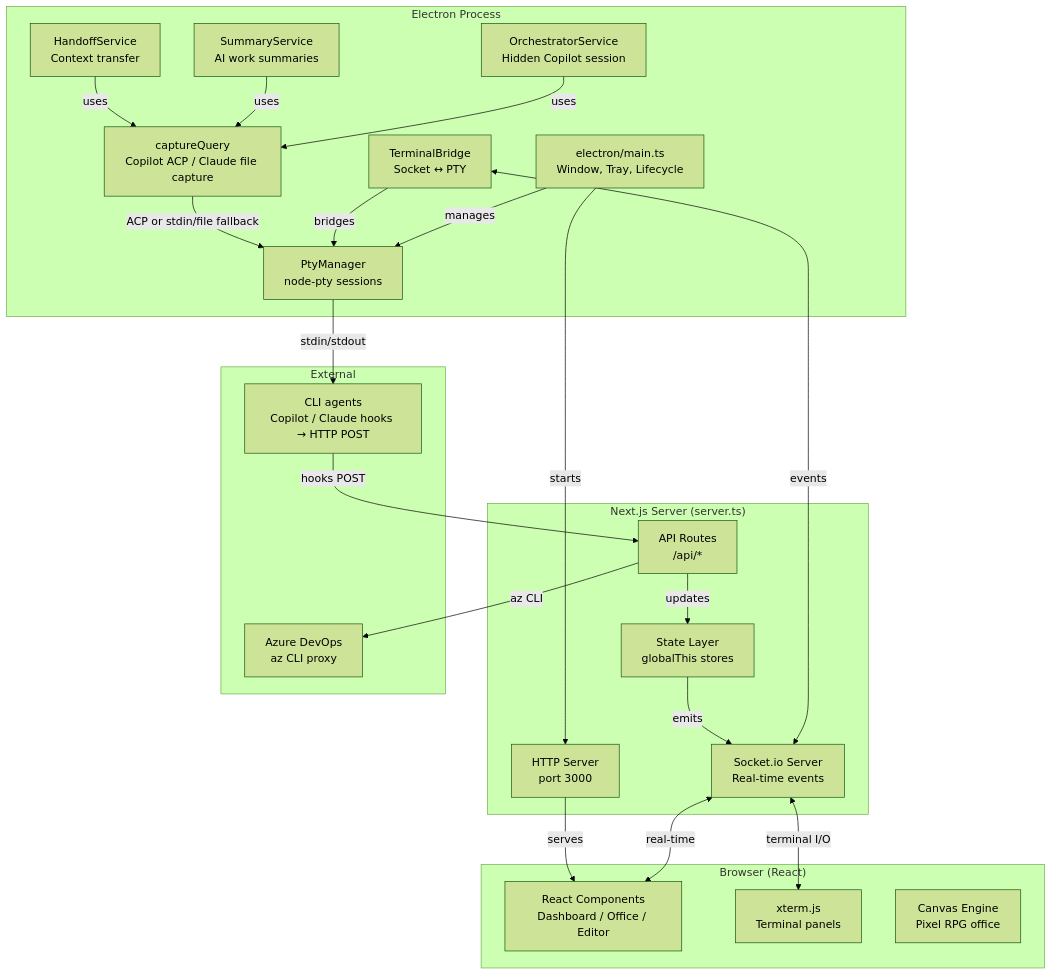
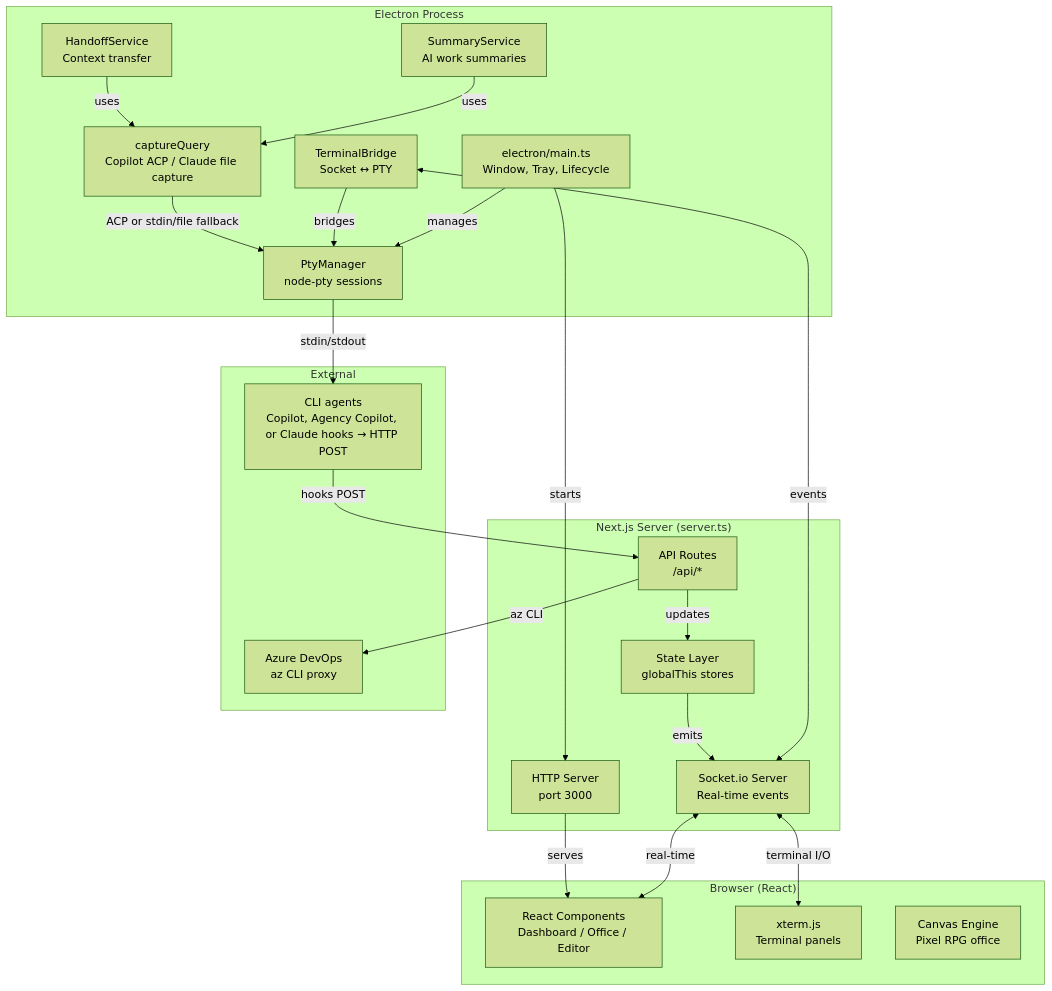
One commit to Nahom-Kefelegne/AgentMatrix changed the first of 6 diagrams in docs/design/README.md. Above: the diagram before and after it, drawn with Mermaid (forest theme). The commit also changed other lines of this file and 69 other files, not shown here.

````diff
--- a/docs/design/README.md
+++ b/docs/design/README.md
@@ -15,50 +19,48 @@
 ```mermaid
 graph TB
     subgraph "Electron Process"
         Main["electron/main.ts<br/>Window, Tray, Lifecycle"]
         PTY["PtyManager<br/>node-pty sessions"]
         CQ["captureQuery<br/>Copilot ACP / Claude file capture"]
         TB["TerminalBridge<br/>Socket ↔ PTY"]
-        Orch["OrchestratorService<br/>Hidden Copilot session"]
         Summary["SummaryService<br/>AI work summaries"]
         Handoff["HandoffService<br/>Context transfer"]
     end
 
     subgraph "Next.js Server (server.ts)"
         HTTP["HTTP Server<br/>port 3000"]
         SIO["Socket.io Server<br/>Real-time events"]
         API["API Routes<br/>/api/*"]
         State["State Layer<br/>globalThis stores"]
     end
 
     subgraph "Browser (React)"
         UI["React Components<br/>Dashboard / Office / Editor"]
         XTerm["xterm.js<br/>Terminal panels"]
         Canvas["Canvas Engine<br/>Pixel RPG office"]
     end
 
     subgraph "External"
-        CLI["CLI agents<br/>Copilot / Claude hooks → HTTP POST"]
+        CLI["CLI agents<br/>Copilot, Agency Copilot, or Claude hooks → HTTP POST"]
         ADO["Azure DevOps<br/>az CLI proxy"]
     end
 
     Main -->|starts| HTTP
     Main -->|manages| PTY
     PTY -->|stdin/stdout| CLI
     TB -->|bridges| PTY
     TB <-->|events| SIO
     CQ -->|ACP or stdin/file fallback| PTY
-    Orch -->|uses| CQ
     Summary -->|uses| CQ
     Handoff -->|uses| CQ
 
     CLI -->|hooks POST| API
     API -->|updates| State
     State -->|emits| SIO
     SIO <-->|real-time| UI
     SIO <-->|terminal I/O| XTerm
 
     API -->|az CLI| ADO
 
     HTTP -->|serves| UI
 ```
````
